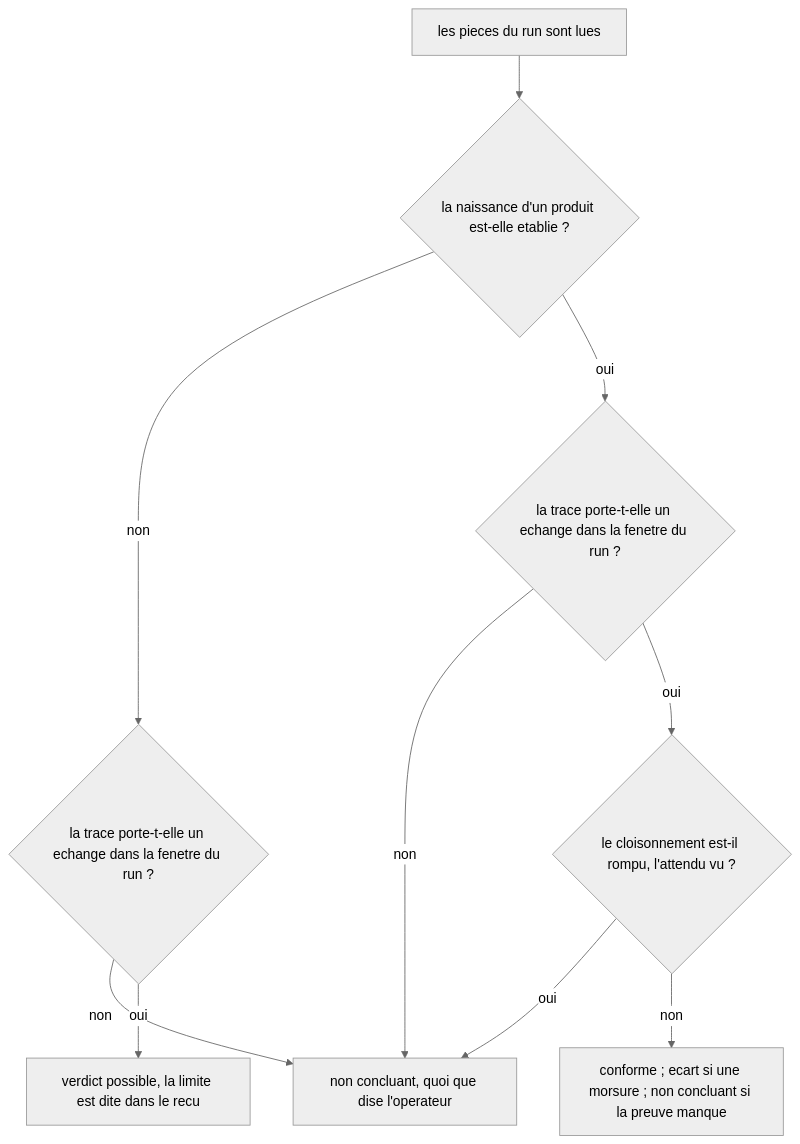
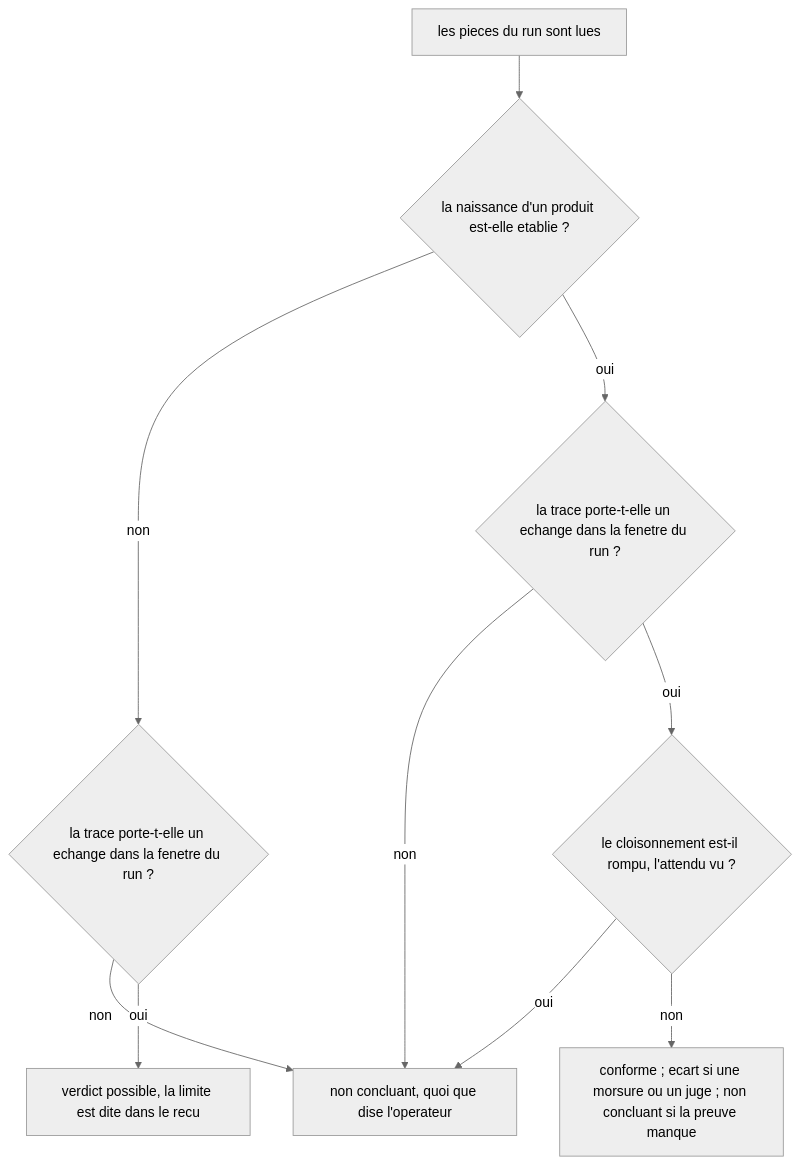
The sixth of 6 diagrams in docs/ARCHITECTURE.md (giak/aidd-device), drawn with Mermaid (neutral theme) before and after one commit. The commit also changed other lines of this file and 194 other files, not shown here.

````diff
--- a/docs/ARCHITECTURE.md
+++ b/docs/ARCHITECTURE.md
@@ -401,12 +409,12 @@
 ```mermaid
 flowchart TD
   S["les pieces du run sont lues"] --> N{"la naissance d'un produit est-elle etablie ?"}
   N -->|"non"| T1{"la trace porte-t-elle un echange dans la fenetre du run ?"}
   N -->|"oui"| T2{"la trace porte-t-elle un echange dans la fenetre du run ?"}
   T1 -->|"non"| NC["non concluant, quoi que dise l'operateur"]
   T1 -->|"oui"| LIM["verdict possible, la limite est dite dans le recu"]
   T2 -->|"non"| NC
   T2 -->|"oui"| CL{"le cloisonnement est-il rompu, l'attendu vu ?"}
   CL -->|"oui"| NC
-  CL -->|"non"| V["conforme ; ecart si une morsure ; non concluant si la preuve manque"]
+  CL -->|"non"| V["conforme ; ecart si une morsure ou un juge ; non concluant si la preuve manque"]
 ```
````
